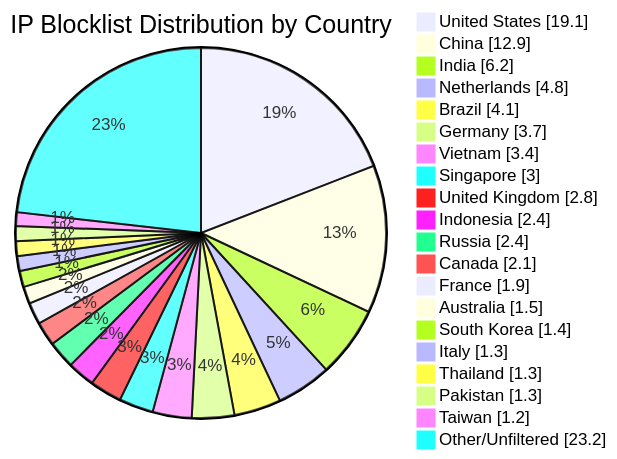
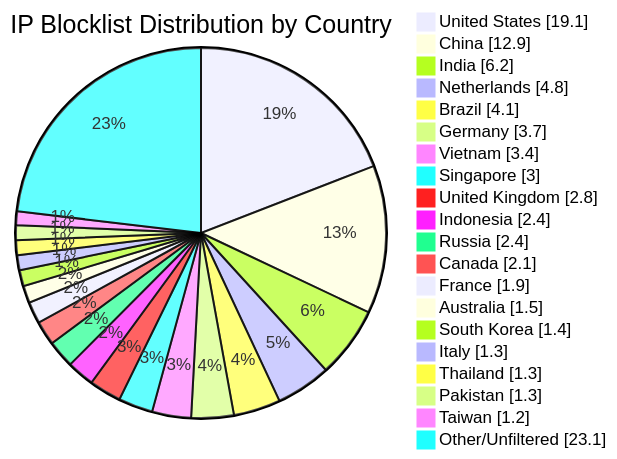
One commit to dewdmadbro/ip-blocklist-dewd changed the diagram in README.md. Above: the diagram before and after it, drawn with Mermaid. The commit also changed other lines of this file and 52 other files, not shown here.

````diff
--- a/README.md
+++ b/README.md
@@ -34,23 +34,23 @@
 ```mermaid
 pie showData title IP Blocklist Distribution by Country
 "United States" : 19.1
 "China" : 12.9
 "India" : 6.2
 "Netherlands" : 4.8
 "Brazil" : 4.1
 "Germany" : 3.7
 "Vietnam" : 3.4
 "Singapore" : 3.0
 "United Kingdom" : 2.8
 "Indonesia" : 2.4
 "Russia" : 2.4
 "Canada" : 2.1
 "France" : 1.9
 "Australia" : 1.5
 "South Korea" : 1.4
 "Italy" : 1.3
 "Thailand" : 1.3
 "Pakistan" : 1.3
 "Taiwan" : 1.2
-"Other/Unfiltered" : 23.2
+"Other/Unfiltered" : 23.1
 ```
````
